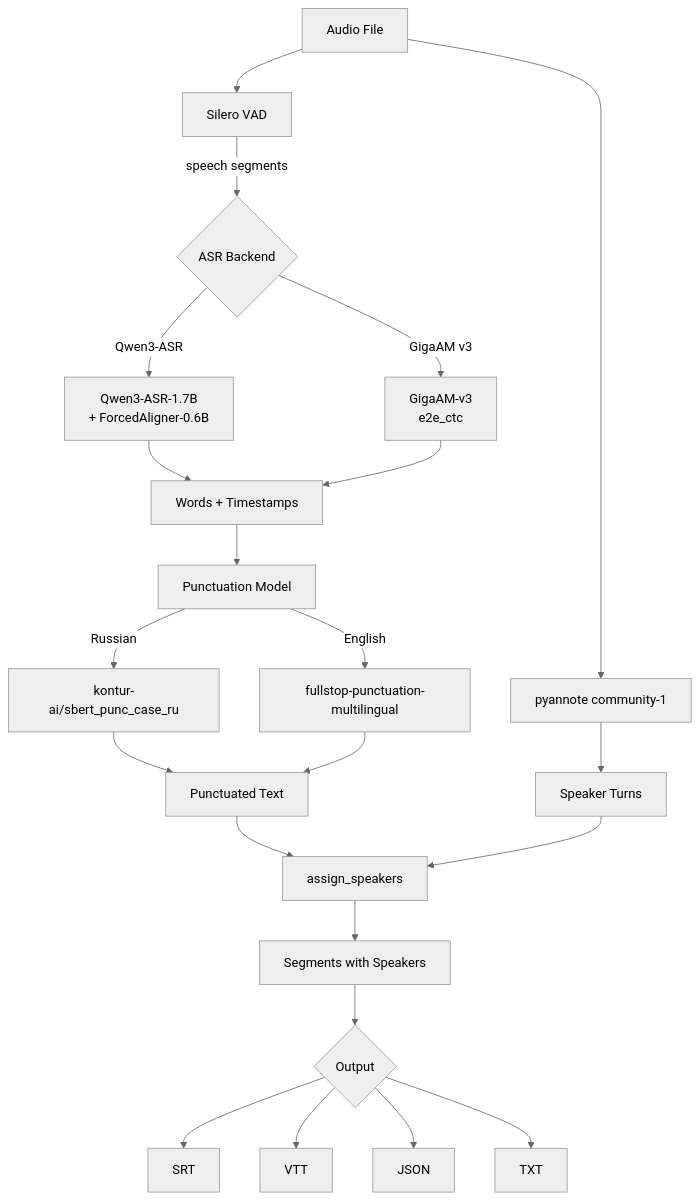
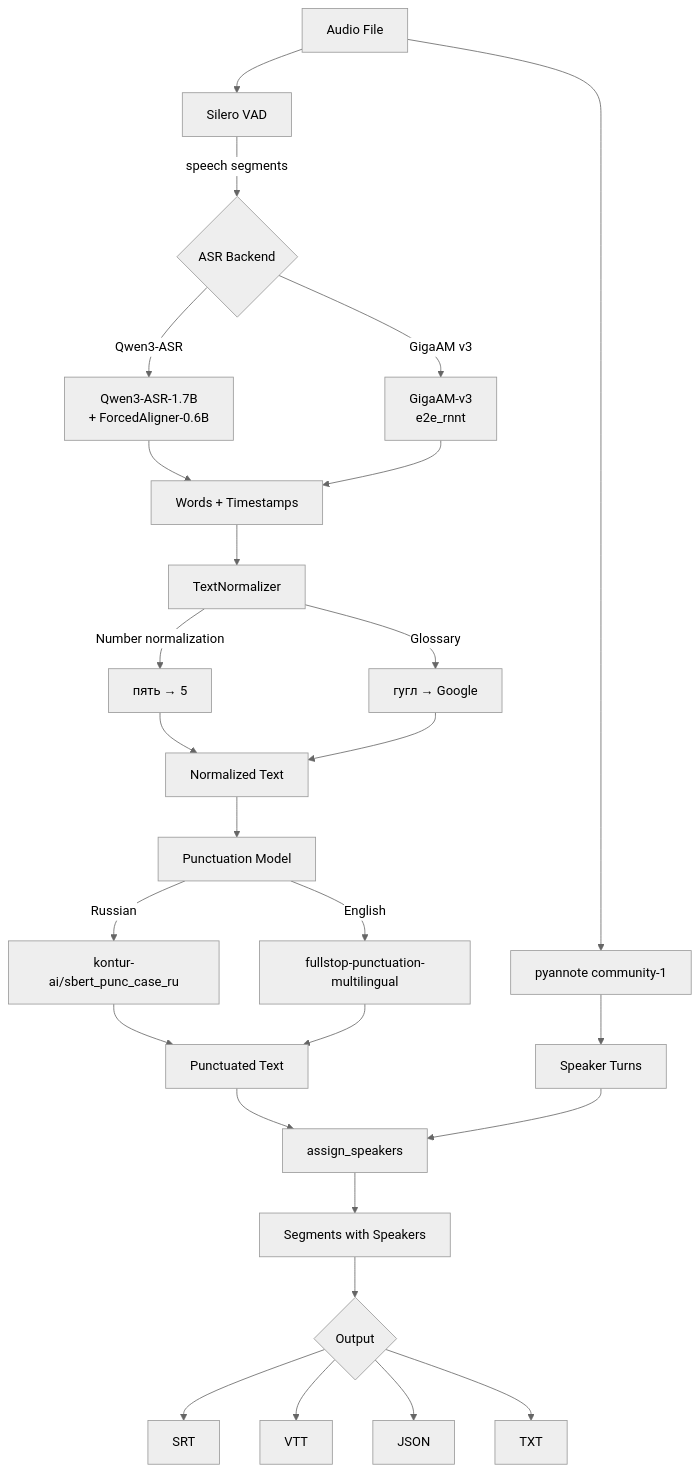
The first of 2 diagrams in docs/ARCHITECTURE.md (GRomR1/qwen-transkrib), drawn with Mermaid (neutral theme) before and after one commit. The commit also changed other lines of this file and 17 other files, not shown here.

First line of the commit message:
feat: native gigaam, VAD fixes, number normalization, podlodka benchmark

````diff
--- a/docs/ARCHITECTURE.md
+++ b/docs/ARCHITECTURE.md
@@ -5,30 +5,36 @@
 ```mermaid
 flowchart TD
     Audio[Audio File] --> VAD[Silero VAD]
     VAD --> |speech segments| ASR{ASR Backend}
 
     ASR --> |Qwen3-ASR| Qwen3[Qwen3-ASR-1.7B<br/>+ ForcedAligner-0.6B]
-    ASR --> |GigaAM v3| GigaAM[GigaAM-v3<br/>e2e_ctc]
+    ASR --> |GigaAM v3| GigaAM[GigaAM-v3<br/>e2e_rnnt]
 
     Qwen3 --> Words[Words + Timestamps]
     GigaAM --> Words
 
-    Words --> Punct[Punctuation Model]
+    Words --> Normalize[TextNormalizer]
+    Normalize --> |Number normalization| NumNorm[пять → 5]
+    Normalize --> |Glossary| Glossary[гугл → Google]
+    NumNorm --> Normalized[Normalized Text]
+    Glossary --> Normalized
+
+    Normalized --> Punct[Punctuation Model]
     Punct --> |Russian| PunctRU[kontur-ai/sbert_punc_case_ru]
     Punct --> |English| PunctEN[fullstop-punctuation-multilingual]
     PunctRU --> Text[Punctuated Text]
     PunctEN --> Text
 
     Audio --> Diar[pyannote community-1]
     Diar --> Turns[Speaker Turns]
 
     Text --> Merge[assign_speakers]
     Turns --> Merge
     Merge --> Segments[Segments with Speakers]
 
     Segments --> Output{Output}
     Output --> SRT[SRT]
     Output --> VTT[VTT]
     Output --> JSON[JSON]
     Output --> TXT[TXT]
 ```
````
